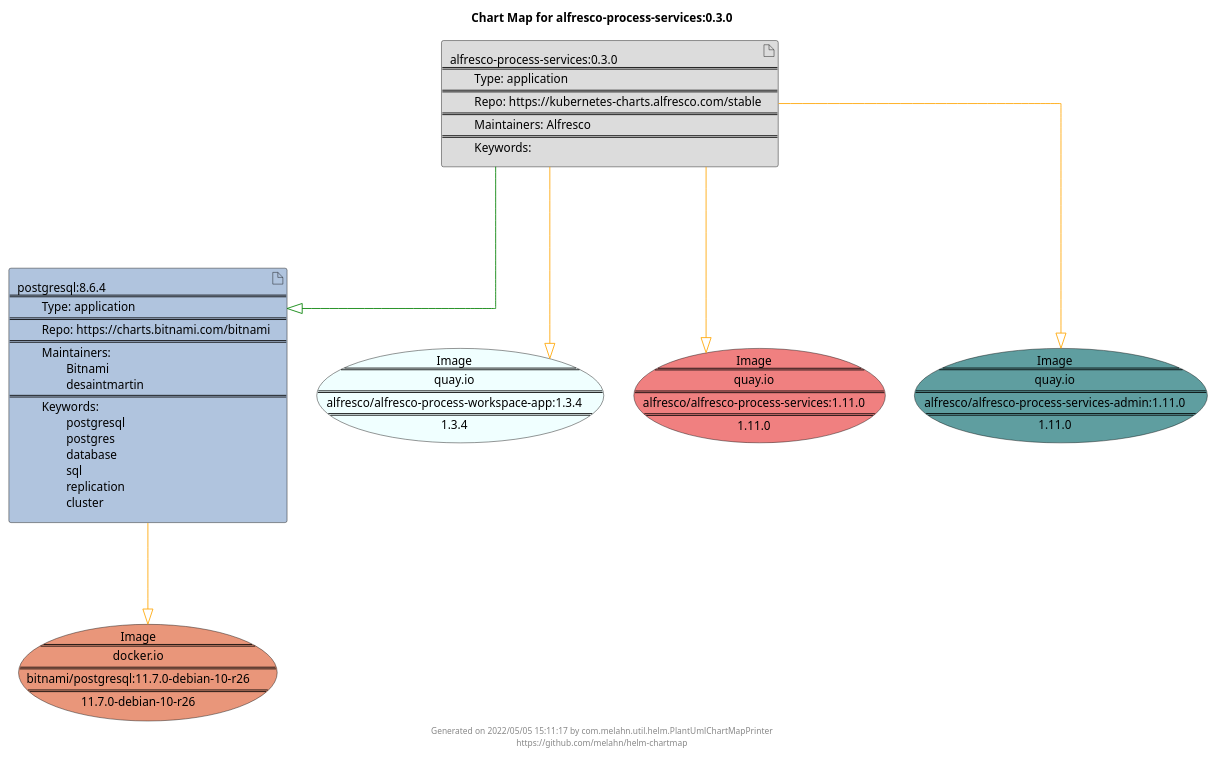
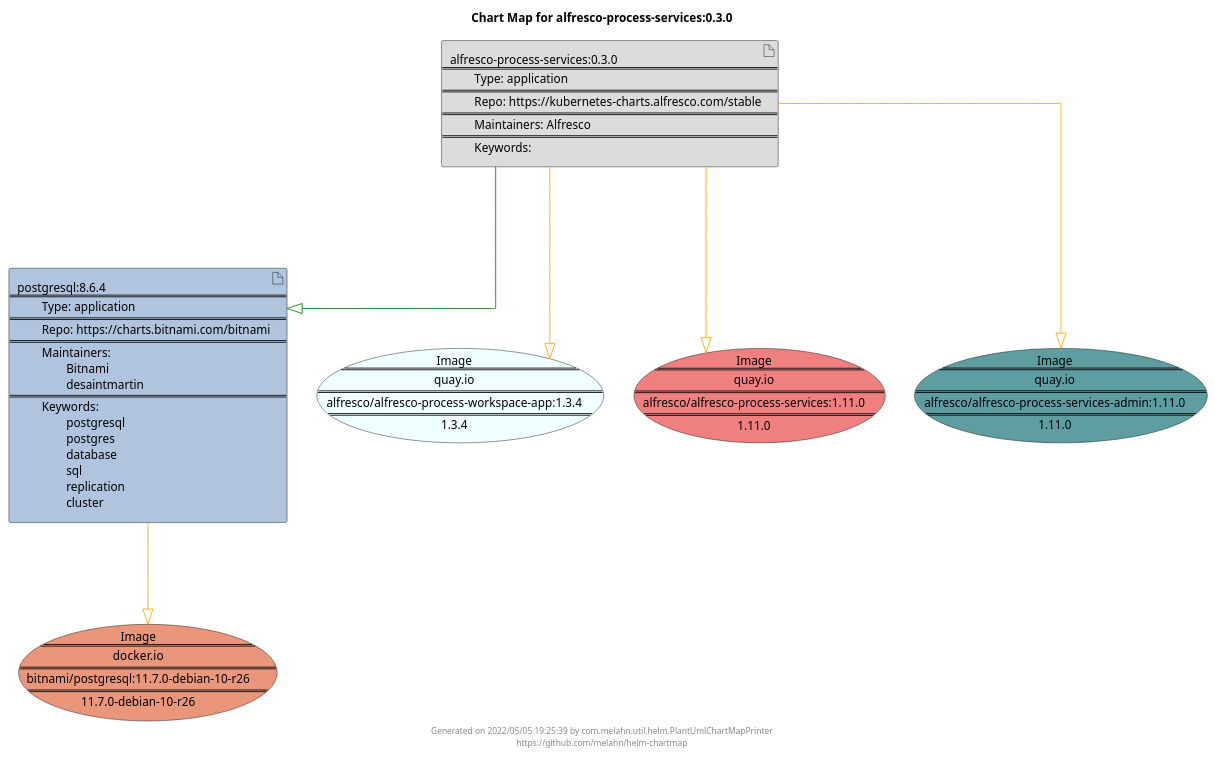
The diagram in docs/alfresco-process-services/alfresco-process-services-0.3.0.puml (melahn/helm-chartmap), drawn with PlantUML before and after one commit. The commit also changed 63 other files, not shown here.

Commit message:
Update Example Chart Maps as part of GitHub build

```diff
--- a/docs/alfresco-process-services/alfresco-process-services-0.3.0.puml
+++ b/docs/alfresco-process-services/alfresco-process-services-0.3.0.puml
@@ -1,29 +1,29 @@
 @startuml
 skinparam linetype ortho
 skinparam backgroundColor white
 skinparam usecaseBorderColor black
 skinparam usecaseArrowColor LightSlateGray
 skinparam artifactBorderColor black
 skinparam artifactArrowColor LightSlateGray
 
 title Chart Map for alfresco-process-services:0.3.0
 
 'There are 2 referenced Helm Charts
 artifact "alfresco-process-services:0.3.0\n====\n\tType: application\n====\n\tRepo: https://kubernetes-charts.alfresco.com/stable\n====\n\tMaintainers: Alfresco\n====\n\tKeywords: " as alfresco_process_services_0_3_0 #Gainsboro
 artifact "postgresql:8.6.4\n====\n\tType: application\n====\n\tRepo: https://charts.bitnami.com/bitnami\n====\n\tMaintainers: \n\t\tBitnami\n\t\tdesaintmartin\n====\n\tKeywords: \n\t\tpostgresql\n\t\tpostgres\n\t\tdatabase\n\t\tsql\n\t\treplication\n\t\tcluster" as postgresql_8_6_4 #LightSteelBlue
 
 'There are 4 referenced Docker Images
 usecase "Image\n====\nquay.io\n====\nalfresco/alfresco-process-workspace-app:1.3.4\n====\n1.3.4" as quay_io_alfresco_alfresco_process_workspace_app_1_3_4 #Azure
 usecase "Image\n====\nquay.io\n====\nalfresco/alfresco-process-services:1.11.0\n====\n1.11.0" as quay_io_alfresco_alfresco_process_services_1_11_0 #LightCoral
 usecase "Image\n====\nquay.io\n====\nalfresco/alfresco-process-services-admin:1.11.0\n====\n1.11.0" as quay_io_alfresco_alfresco_process_services_admin_1_11_0 #CadetBlue
 usecase "Image\n====\ndocker.io\n====\nbitnami/postgresql:11.7.0-debian-10-r26\n====\n11.7.0-debian-10-r26" as docker_io_bitnami_postgresql_11_7_0_debian_10_r26 #DarkSalmon
 
 'Chart Dependencies
 alfresco_process_services_0_3_0--[#green]-|>postgresql_8_6_4
 alfresco_process_services_0_3_0--[#orange]-|>quay_io_alfresco_alfresco_process_services_admin_1_11_0
 alfresco_process_services_0_3_0--[#orange]-|>quay_io_alfresco_alfresco_process_workspace_app_1_3_4
 alfresco_process_services_0_3_0--[#orange]-|>quay_io_alfresco_alfresco_process_services_1_11_0
 postgresql_8_6_4--[#orange]-|>docker_io_bitnami_postgresql_11_7_0_debian_10_r26
 
-center footer Generated on 2022/05/05 15:11:17 by com.melahn.util.helm.PlantUmlChartMapPrinter\nhttps://github.com/melahn/helm-chartmap
+center footer Generated on 2022/05/05 19:25:39 by com.melahn.util.helm.PlantUmlChartMapPrinter\nhttps://github.com/melahn/helm-chartmap
 @enduml
```
